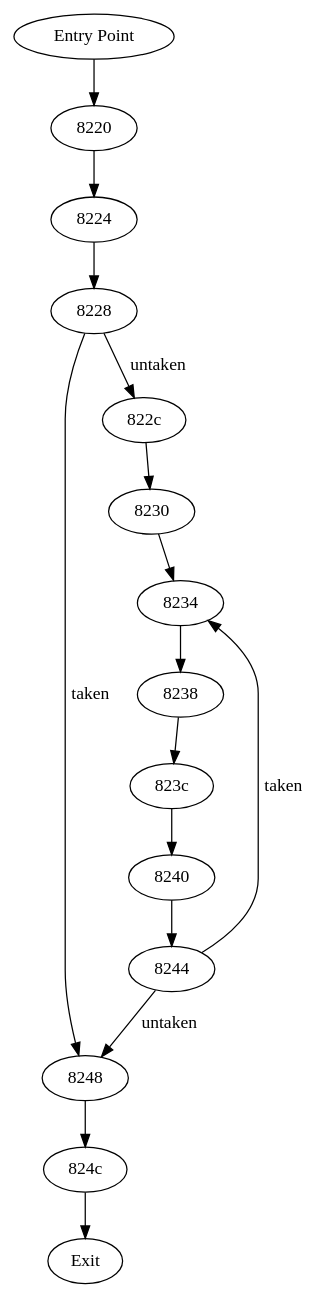
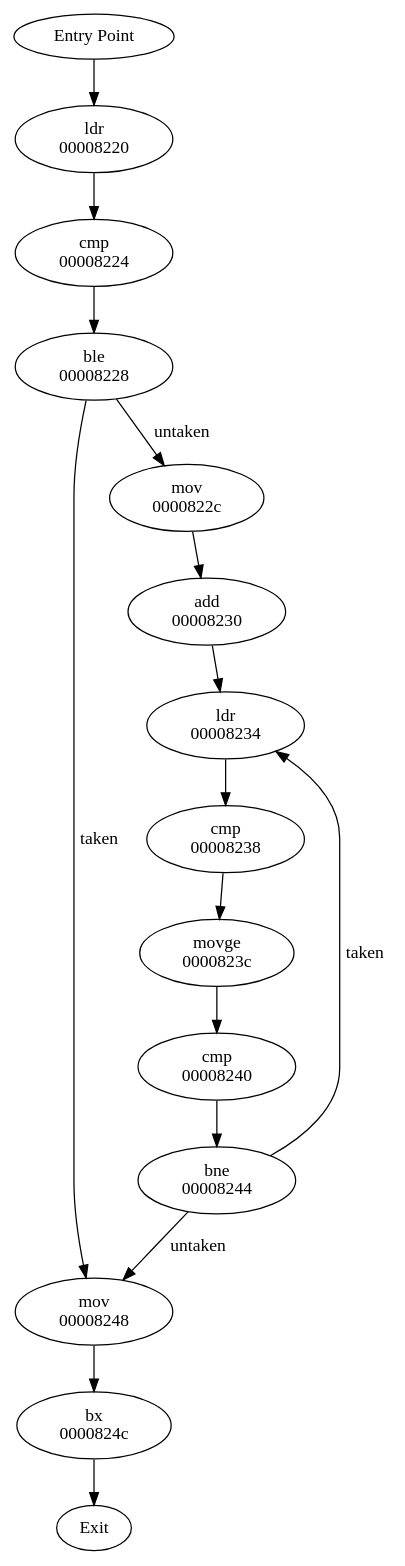
The diagram in CFG.dot (lorenzosin/TP_CFG), drawn with Graphviz before and after one commit. The commit also changed 2 other files, not shown here.

```diff
--- a/CFG.dot
+++ b/CFG.dot
@@ -1,31 +1,43 @@
 digraph ReconstructedCFG {
 	"Entry Point";
 	"Entry Point" -> "8220";
-	"8220";
+	"8220" [label = "ldr
+00008220"];
 	"8220" -> "8224" [label = ""] ;
-	"8224";
+	"8224" [label = "cmp
+00008224"];
 	"8224" -> "8228" [label = ""] ;
-	"8228";
+	"8228" [label = "ble
+00008228"];
 	"8228" -> "8248" [label = "taken"] ;
 	"8228" -> "822c" [label = "untaken"] ;
-	"822c";
+	"822c" [label = "mov
+0000822c"];
 	"822c" -> "8230" [label = ""] ;
-	"8230";
+	"8230" [label = "add
+00008230"];
 	"8230" -> "8234" [label = ""] ;
-	"8234";
+	"8234" [label = "ldr
+00008234"];
 	"8234" -> "8238" [label = ""] ;
-	"8238";
+	"8238" [label = "cmp
+00008238"];
 	"8238" -> "823c" [label = ""] ;
-	"823c";
+	"823c" [label = "movge
+0000823c"];
 	"823c" -> "8240" [label = ""] ;
-	"8240";
+	"8240" [label = "cmp
+00008240"];
 	"8240" -> "8244" [label = ""] ;
-	"8244";
+	"8244" [label = "bne
+00008244"];
 	"8244" -> "8248" [label = "untaken"] ;
 	"8244" -> "8234" [label = "taken"] ;
-	"8248";
+	"8248" [label = "mov
+00008248"];
 	"8248" -> "824c" [label = ""] ;
-	"824c";
+	"824c" [label = "bx
+0000824c"];
 	"Exit";
 	"824c" -> "Exit";
 }
```
